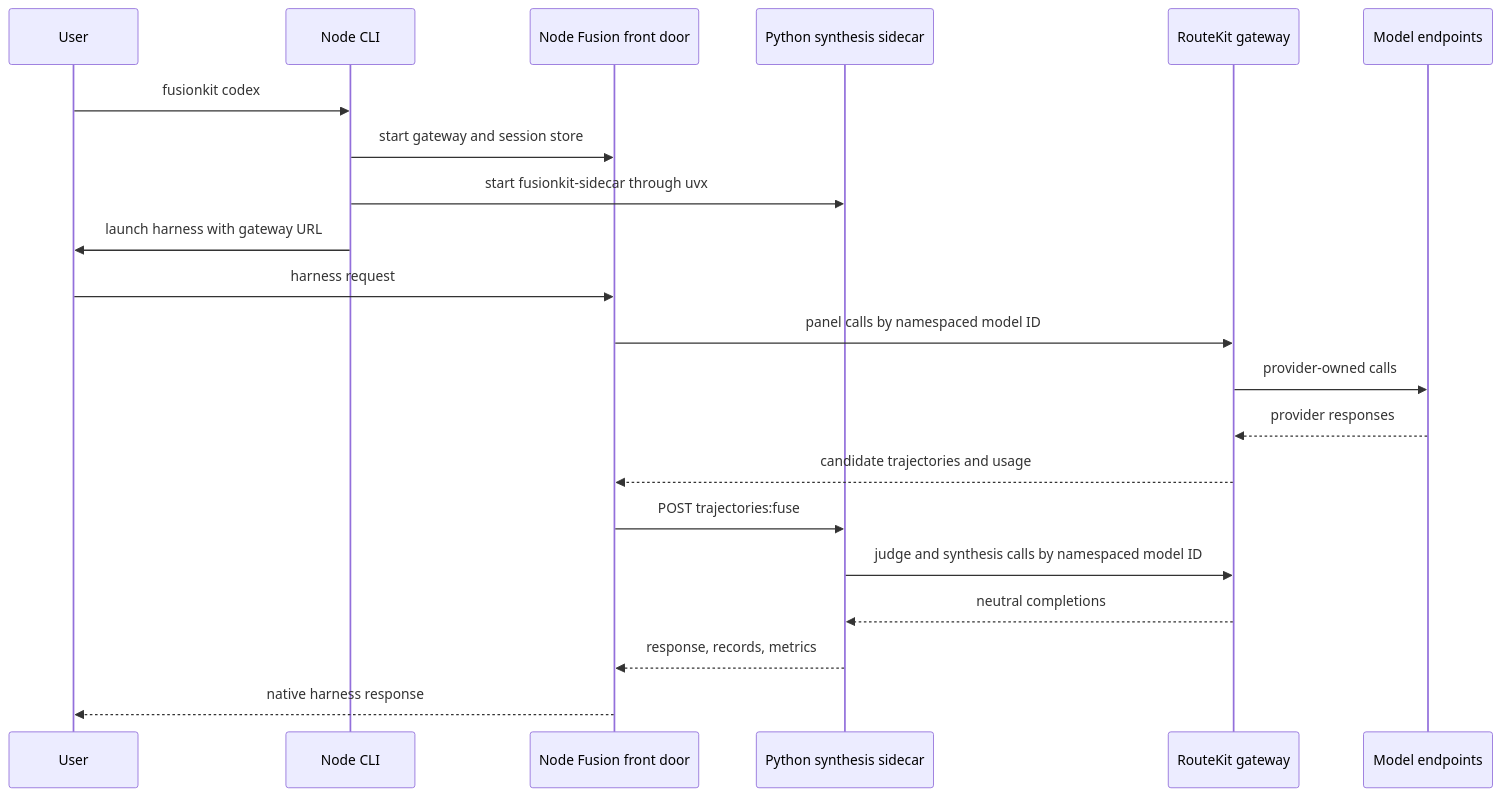
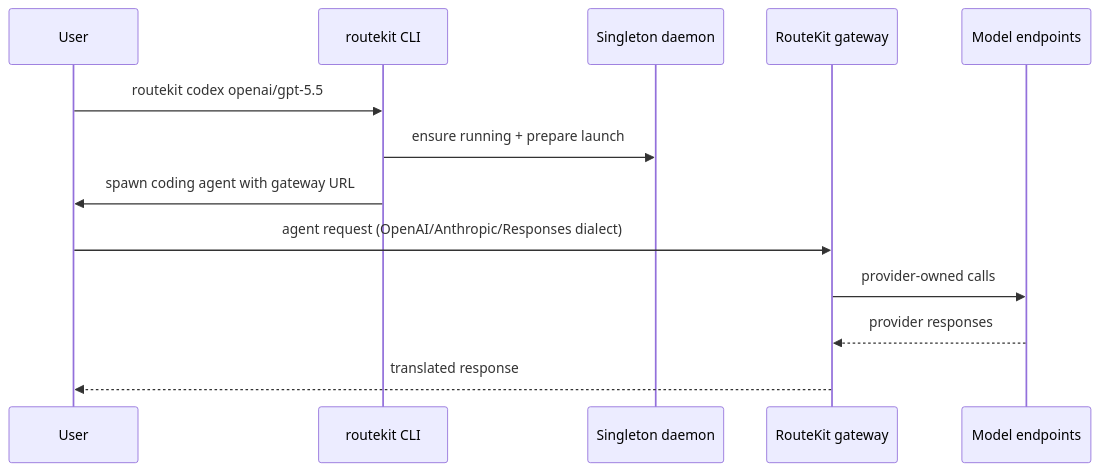
One commit to velum-labs/routekit changed the second of 2 diagrams in docs/repository-reference.md. Above: the diagram before and after it, drawn with Mermaid. The commit also changed other lines of this file and 123 other files, not shown here.

````diff
--- a/docs/repository-reference.md
+++ b/docs/repository-reference.md
@@ -69,24 +44,16 @@
 ```mermaid
 sequenceDiagram
   participant User
-  participant CLI as Node CLI
-  participant GW as Node Fusion front door
-  participant PY as Python synthesis sidecar
-  participant RK as RouteKit gateway
+  participant CLI as routekit CLI
+  participant Daemon as Singleton daemon
+  participant GW as RouteKit gateway
   participant Models as Model endpoints
 
-  User->>CLI: fusionkit codex
-  CLI->>GW: start gateway and session store
-  CLI->>PY: start fusionkit-sidecar through uvx
-  CLI->>User: launch harness with gateway URL
-  User->>GW: harness request
-  GW->>RK: panel calls by namespaced model ID
-  RK->>Models: provider-owned calls
-  Models-->>RK: provider responses
-  RK-->>GW: candidate trajectories and usage
-  GW->>PY: POST trajectories:fuse
-  PY->>RK: judge and synthesis calls by namespaced model ID
-  RK-->>PY: neutral completions
-  PY-->>GW: response, records, metrics
-  GW-->>User: native harness response
+  User->>CLI: routekit codex openai/gpt-5.5
+  CLI->>Daemon: ensure running + prepare launch
+  CLI->>User: spawn coding agent with gateway URL
+  User->>GW: agent request (OpenAI/Anthropic/Responses dialect)
+  GW->>Models: provider-owned calls
+  Models-->>GW: provider responses
+  GW-->>User: translated response
 ```
````
